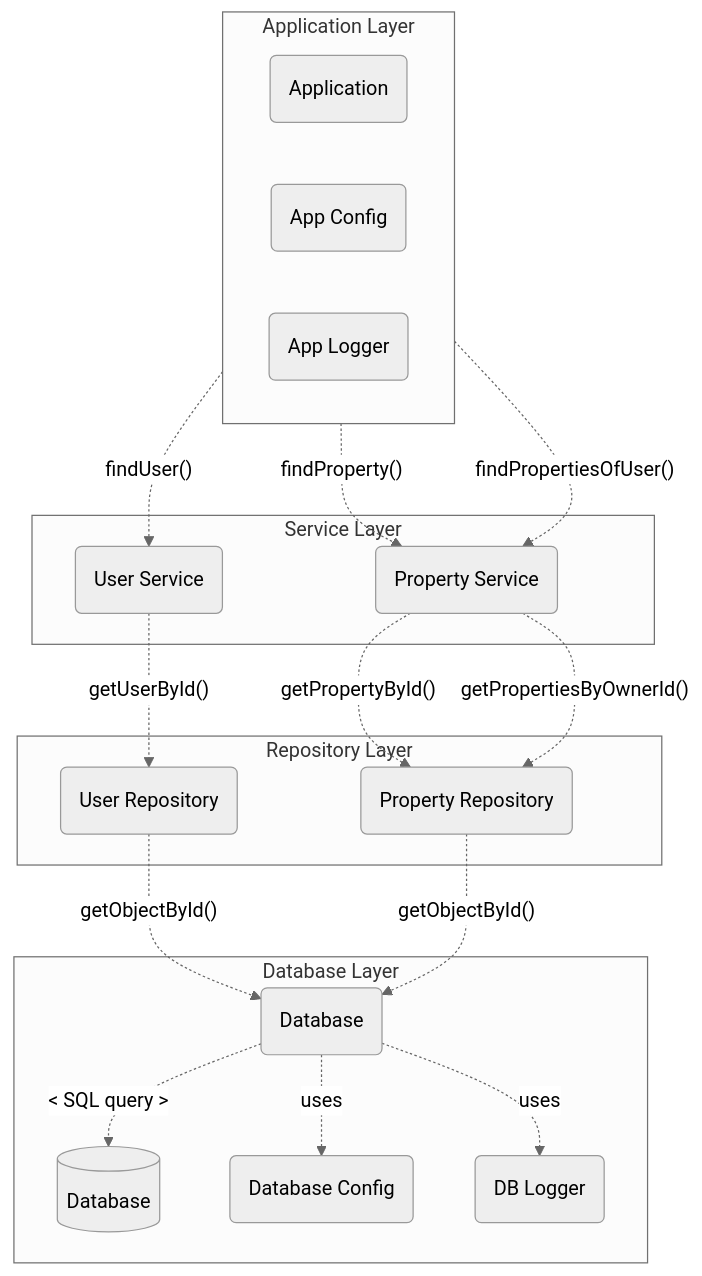
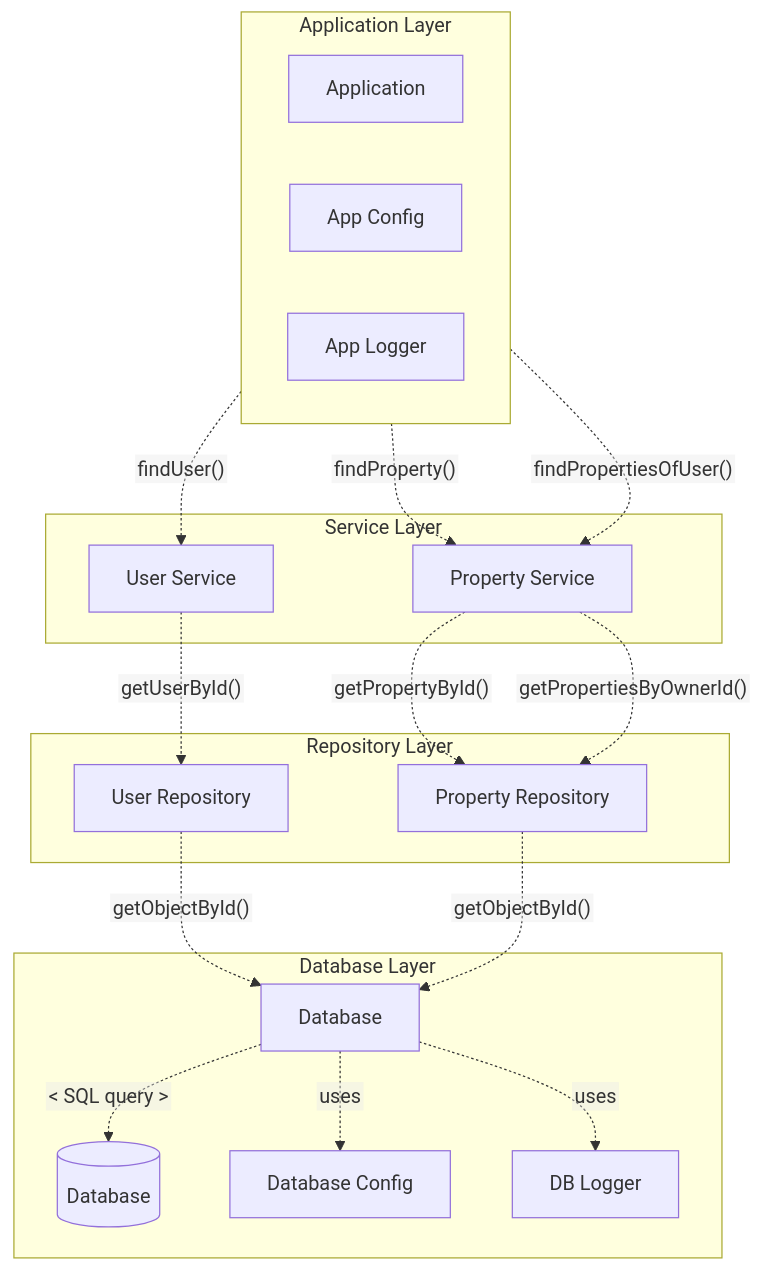
The diagram in README.md (HivemindTechnologies/zlayers-article), drawn with Mermaid before and after one commit.

Commit message:
Change syntax for names

````diff
--- a/README.md
+++ b/README.md
@@ -8,36 +8,36 @@
 ```mermaid
-%%{init: {'theme': 'neutral'}}%%
+%%{init: {"flowchart": {"htmlLabels": false}} }%%
 flowchart TB
-subgraph "Application Layer"
+subgraph appLayer["Application Layer"]
     direction LR
-    app("Application")
-    appConfig("App Config")
-    appLogger("App Logger")
+    app["Application"]
+    appConfig["App Config"]
+    appLogger["App Logger"]
 end
 
-subgraph "Service Layer"
-    propService("Property Service")
-    userService("User Service")
+subgraph serviceLayer["Service Layer"]
+    propService["Property Service"]
+    userService["User Service"]
 end
 
-subgraph "Repository Layer"
-    userRepo("User Repository")
-    propRepo("Property Repository")
+subgraph repoLayer["Repository Layer"]
+    userRepo["User Repository"]
+    propRepo["Property Repository"]
 end
 
-subgraph "Database Layer"
-    database("Database")
+subgraph dbLayer["Database Layer"]
+    database["Database"]
     db[(Database)]
-    dbConfig("Database Config")
-    dbLogger("DB Logger")
+    dbConfig["Database Config"]
+    dbLogger["DB Logger"]
 end
 
 app -."findUser()".-> userService -.getUserById().-> userRepo -."getObjectById()".-> database -."`&lt; SQL query &gt;`".-> db
 
 app -."findProperty()".-> propService -.getPropertyById().-> propRepo -."getObjectById()".-> database
 
 app -."findPropertiesOfUser()".-> propService -.getPropertiesByOwnerId().-> propRepo
 
 database -.uses.-> dbLogger
 database -.uses.-> dbConfig
 ```
````
